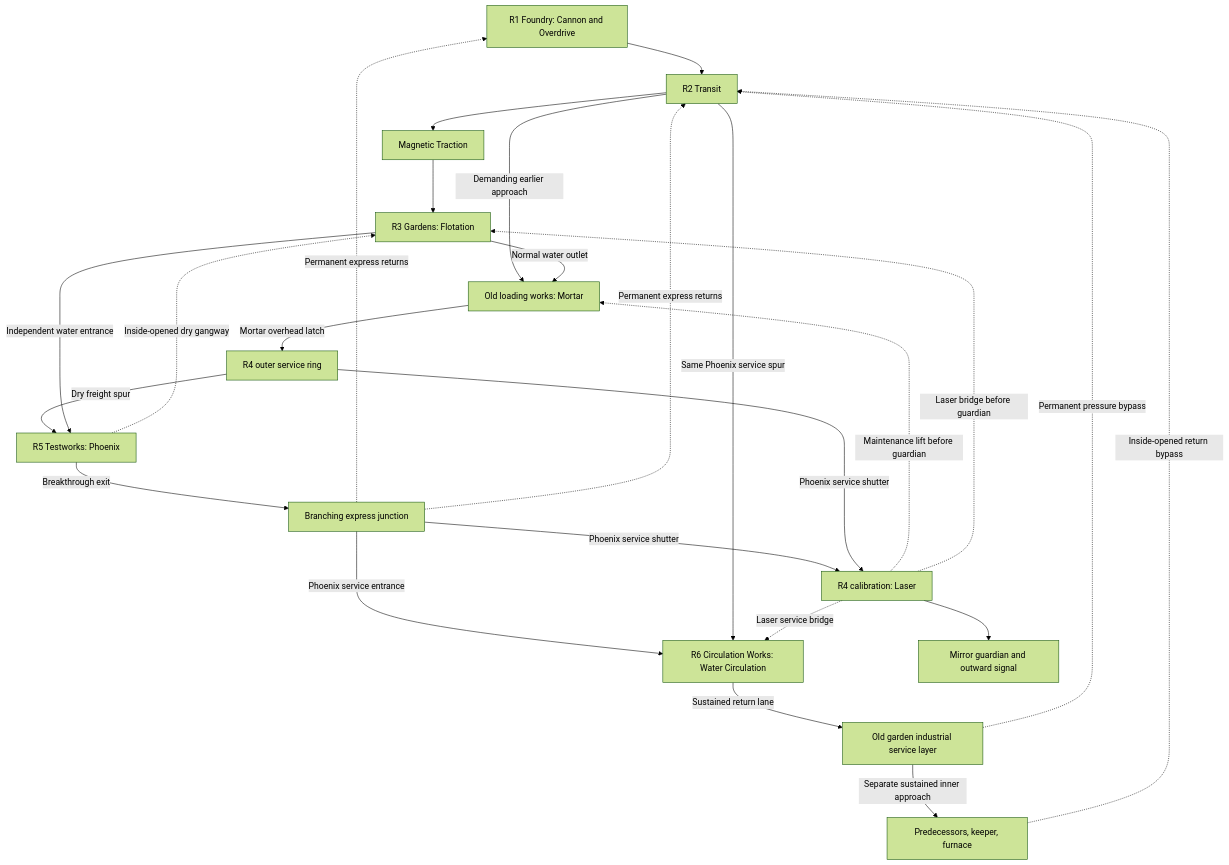
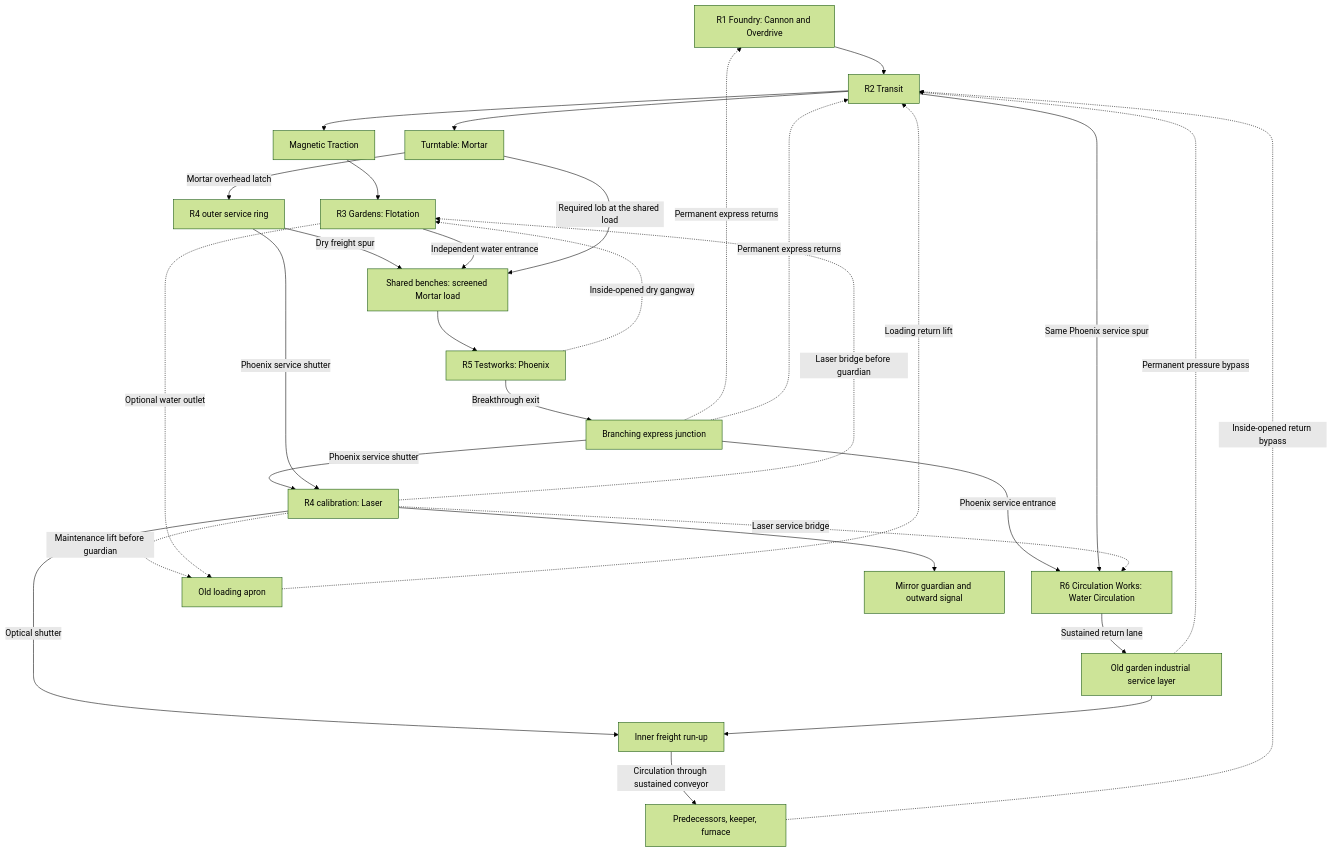
Before and after one commit to Milky2018/tankle-adventure-astra: the first of 4 diagrams in Gamespec.md, drawn with Mermaid (forest theme). The commit also changed other lines of this file and 34 other files, not shown here.

````diff
--- a/Gamespec.md
+++ b/Gamespec.md
@@ -612,27 +627,32 @@
 ```mermaid
 flowchart TD
     R1["R1 Foundry: Cannon and Overdrive"] --> R2["R2 Transit"]
     R2 --> M["Magnetic Traction"]
     M --> F["R3 Gardens: Flotation"]
-    R2 -->|Demanding earlier approach| L["Old loading works: Mortar"]
-    F -->|Normal water outlet| L
+    R2 --> L["Turntable: Mortar"]
     L -->|Mortar overhead latch| O["R4 outer service ring"]
-    O -->|Dry freight spur| P["R5 Testworks: Phoenix"]
-    F -->|Independent water entrance| P
+    O -->|Dry freight spur| B["Shared benches: screened Mortar load"]
+    F -->|Independent water entrance| B
+    L -->|Required lob at the shared load| B
+    B --> P["R5 Testworks: Phoenix"]
     P -->|Breakthrough exit| J["Branching express junction"]
     J -->|Phoenix service shutter| A["R4 calibration: Laser"]
     O -->|Phoenix service shutter| A
     J -->|Phoenix service entrance| W["R6 Circulation Works: Water Circulation"]
     R2 -->|Same Phoenix service spur| W
     P -.->|Inside-opened dry gangway| F
     J -.->|Permanent express returns| R1
     J -.->|Permanent express returns| R2
-    A -.->|Maintenance lift before guardian| L
+    A -.->|Maintenance lift before guardian| LA["Old loading apron"]
+    F -.->|Optional water outlet| LA
+    LA -.->|Loading return lift| R2
     A -.->|Laser bridge before guardian| F
     A -.->|Laser service bridge| W
     A --> G["Mirror guardian and outward signal"]
     W -->|Sustained return lane| K["Old garden industrial service layer"]
     K -.->|Permanent pressure bypass| R2
-    K -->|Separate sustained inner approach| R7["Predecessors, keeper, furnace"]
+    A -->|Optical shutter| I["Inner freight run-up"]
+    K --> I
+    I -->|Circulation through sustained conveyor| R7["Predecessors, keeper, furnace"]
     R7 -.->|Inside-opened return bypass| R2
 ```
````
